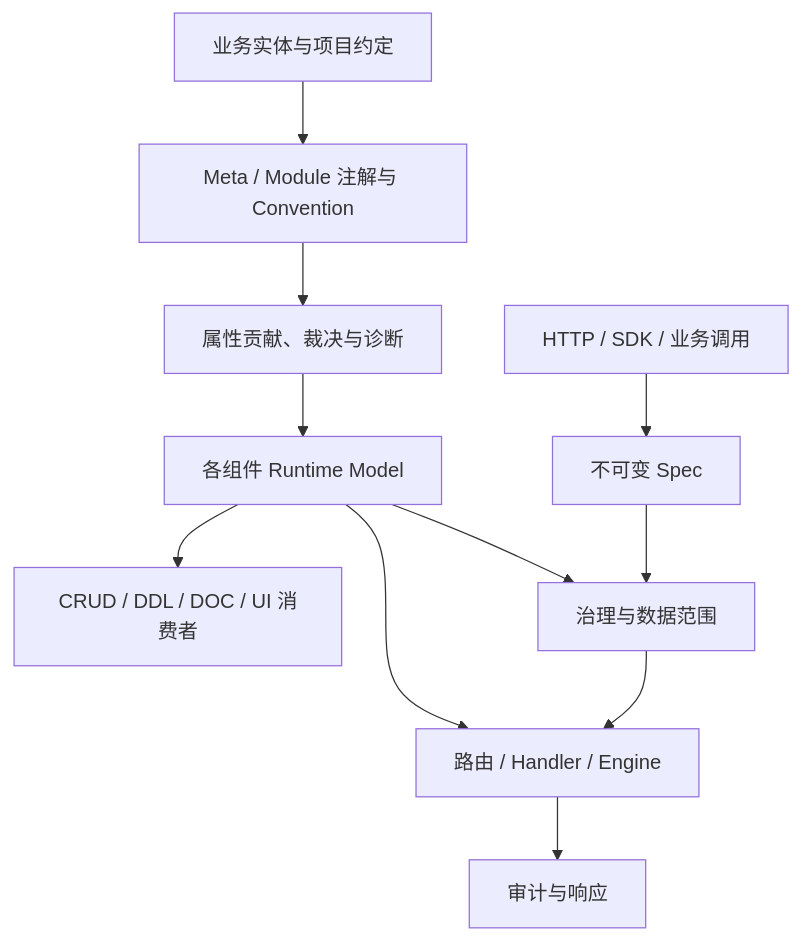
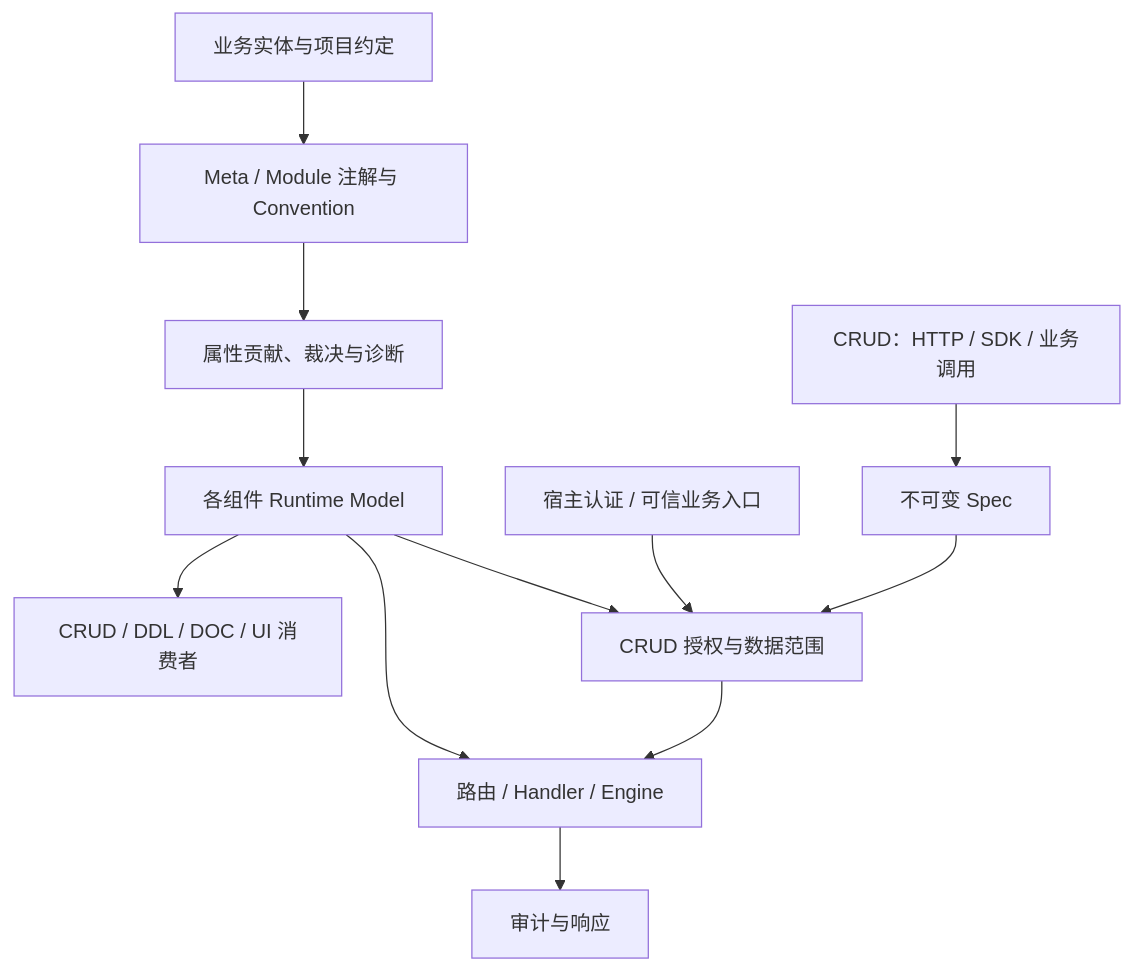
Before and after one commit to ent-loom/ent-loom: the diagram in docs/architecture/架构总览.md, drawn with Mermaid. The commit also changed other lines of this file and 6 other files, not shown here.

````diff
--- a/docs/architecture/架构总览.md
+++ b/docs/architecture/架构总览.md
@@ -11,19 +11,21 @@
 ```mermaid
 flowchart TB
     entity["业务实体与项目约定"]
     inputs["Meta / Module 注解与 Convention"]
     resolve["属性贡献、裁决与诊断"]
     runtime["各组件 Runtime Model"]
     consumers["CRUD / DDL / DOC / UI 消费者"]
 
-    request["HTTP / SDK / 业务调用"]
+    request["CRUD：HTTP / SDK / 业务调用"]
+    identity["宿主认证 / 可信业务入口"]
     spec["不可变 Spec"]
-    govern["治理与数据范围"]
+    govern["CRUD 授权与数据范围"]
     execute["路由 / Handler / Engine"]
     audit["审计与响应"]
 
     entity --> inputs --> resolve --> runtime --> consumers
     request --> spec --> govern --> execute --> audit
+    identity --> govern
     runtime --> govern
     runtime --> execute
 ```
````
